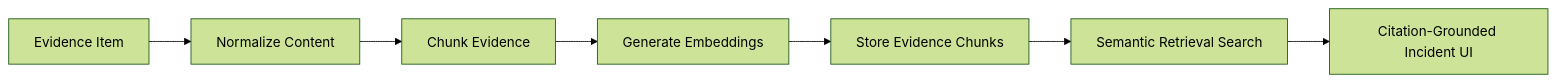
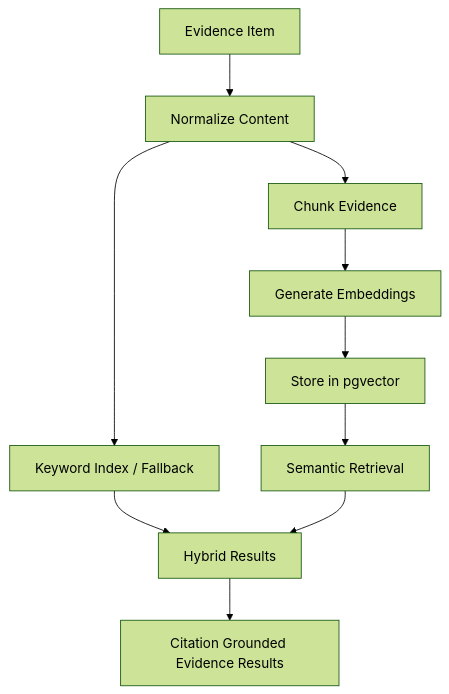
One commit to InsaneCoder789/IncidentLens changed the second of 2 diagrams in README.md. Above: the diagram before and after it, drawn with Mermaid (forest theme). The commit also changed other lines of this file and 11 other files, not shown here.

Commit message:
fix: verify Phase 2 retrieval flow and close acceptance gaps - add metadata-aware retrieval filtering and pgvector-first search behavior - strengthen seeded payment evidence and document local verification flow - finish Phase 2 UI status, chunk, and vector index components for processing and search

````diff
--- a/README.md
+++ b/README.md
@@ -48,9 +58,12 @@
 ```mermaid
-flowchart LR
-  EVID[Evidence Item] --> NORM[Normalize Content]
-  NORM --> CHUNK[Chunk Evidence]
-  CHUNK --> EMBED[Generate Embeddings]
-  EMBED --> STORE[Store Evidence Chunks]
-  STORE --> SEARCH[Semantic Retrieval Search]
-  SEARCH --> CITE[Citation-Grounded Incident UI]
+flowchart TD
+    A[Evidence Item] --> B[Normalize Content]
+    B --> C[Chunk Evidence]
+    C --> D[Generate Embeddings]
+    D --> E[Store in pgvector]
+    E --> F[Semantic Retrieval]
+    B --> G[Keyword Index / Fallback]
+    G --> H[Hybrid Results]
+    F --> H
+    H --> I[Citation Grounded Evidence Results]
 ```
````
